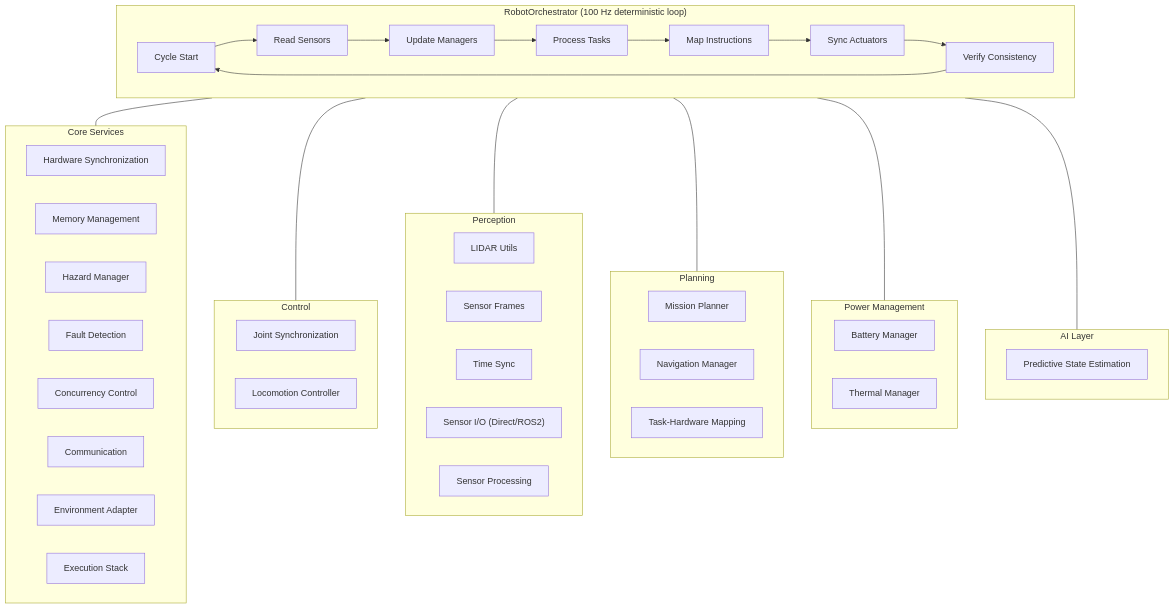
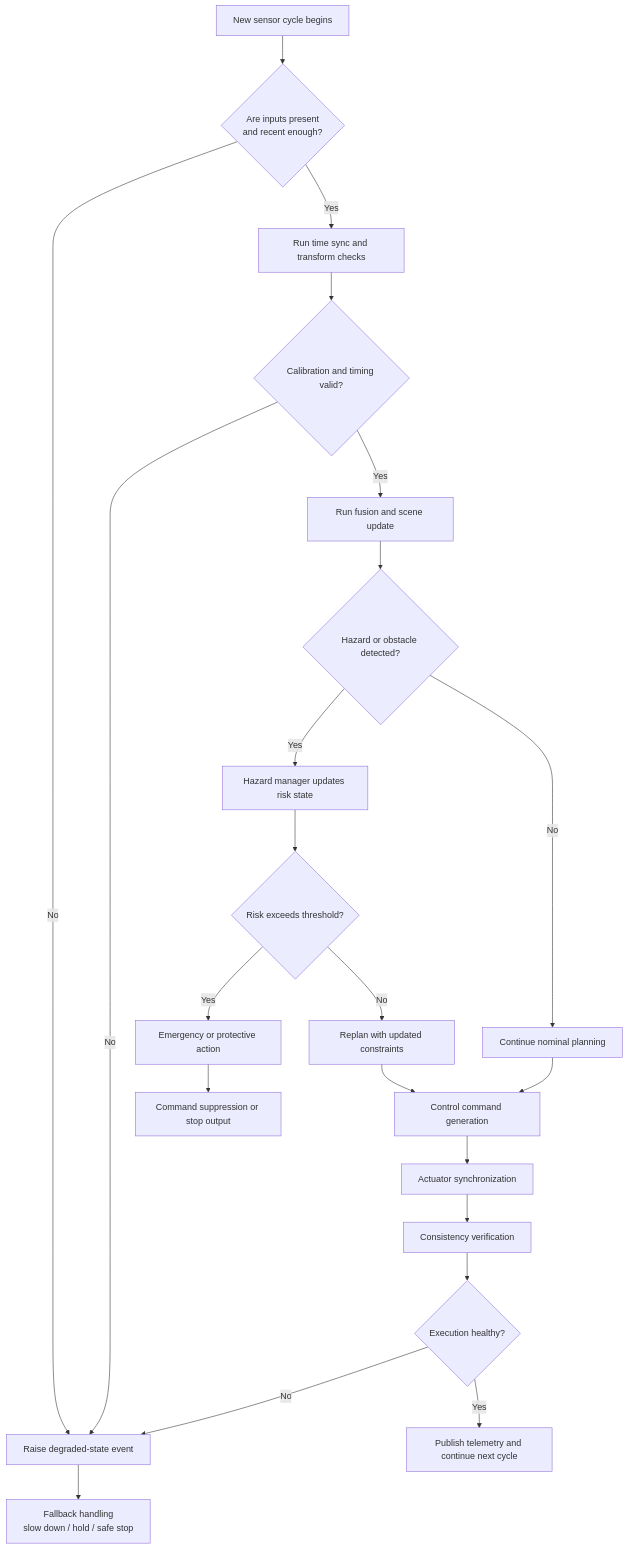
Before and after one commit to iceccarelli/robot-lidar-fusion: the second of 2 diagrams in README.md, drawn with Mermaid. The commit also changed other lines of this file, not shown here.

````diff
--- a/README.md
+++ b/README.md
@@ -42,59 +63,24 @@
 ```mermaid
-flowchart TB
-    subgraph Orchestrator["RobotOrchestrator (100 Hz deterministic loop)"]
-        direction LR
-        A[Cycle Start] --> B[Read Sensors]
-        B --> C[Update Managers]
-        C --> D[Process Tasks]
-        D --> E[Map Instructions]
-        E --> F[Sync Actuators]
-        F --> G[Verify Consistency]
-        G --> A
-    end
-
-    subgraph Core["Core Services"]
-        H[Hardware Synchronization]
-        I[Memory Management]
-        J[Hazard Manager]
-        K[Fault Detection]
-        L[Concurrency Control]
-        M[Communication]
-        N[Environment Adapter]
-        O[Execution Stack]
-    end
-
-    subgraph Control["Control"]
-        P[Joint Synchronization]
-        Q[Locomotion Controller]
-    end
-
-    subgraph Perception["Perception"]
-        R[LIDAR Utils]
-        S[Sensor Frames]
-        T[Time Sync]
-        U["Sensor I/O (Direct/ROS2)"]
-        V[Sensor Processing]
-    end
-
-    subgraph Planning["Planning"]
-        W[Mission Planner]
-        X[Navigation Manager]
-        Y[Task-Hardware Mapping]
-    end
-
-    subgraph Power["Power Management"]
-        Z[Battery Manager]
-        AA[Thermal Manager]
-    end
-
-    subgraph AI["AI Layer"]
-        AB[Predictive State Estimation]
-    end
-
-    Orchestrator --- Core
-    Orchestrator --- Control
-    Orchestrator --- Perception
-    Orchestrator --- Planning
-    Orchestrator --- Power
-    Orchestrator --- AI
+flowchart TD
+    A[New sensor cycle begins] --> B{Are inputs present\nand recent enough?}
+    B -- No --> C[Raise degraded-state event]
+    C --> D[Fallback handling\nslow down / hold / safe stop]
+    B -- Yes --> E[Run time sync and transform checks]
+    E --> F{Calibration and timing valid?}
+    F -- No --> C
+    F -- Yes --> G[Run fusion and scene update]
+    G --> H{Hazard or obstacle detected?}
+    H -- Yes --> I[Hazard manager updates risk state]
+    I --> J{Risk exceeds threshold?}
+    J -- Yes --> K[Emergency or protective action]
+    J -- No --> L[Replan with updated constraints]
+    H -- No --> M[Continue nominal planning]
+    L --> N[Control command generation]
+    M --> N
+    K --> O[Command suppression or stop output]
+    N --> P[Actuator synchronization]
+    P --> Q[Consistency verification]
+    Q --> R{Execution healthy?}
+    R -- No --> C
+    R -- Yes --> S[Publish telemetry and continue next cycle]
 ```
````
